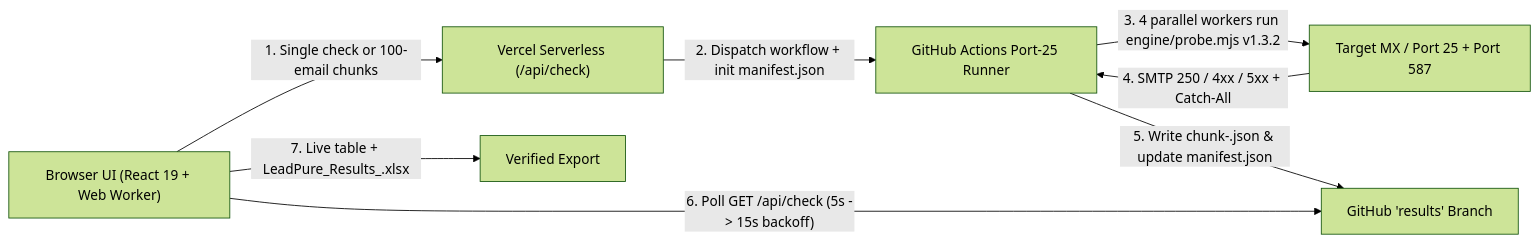
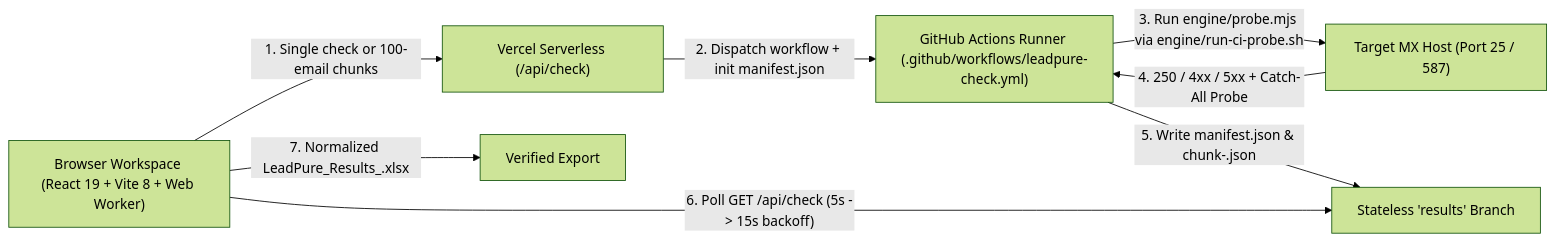
The diagram in README.md (ossamamehmood/LeadPure-AI), drawn with Mermaid (forest theme) before and after one commit. The commit also changed other lines of this file and 12 other files, not shown here.

Commit message:
Modernize repository markdown documentation and align specs with production architecture

````diff
--- a/README.md
+++ b/README.md
@@ -46,10 +57,10 @@
 ```mermaid
 flowchart LR
-    U["Browser UI (React 19 + Web Worker)"] -->|"1. Single check or 100-email chunks"| API["Vercel Serverless (/api/check)"]
-    API -->|"2. Dispatch workflow + init manifest.json"| GHA["GitHub Actions Port-25 Runner"]
-    GHA -->|"3. 4 parallel workers run engine/probe.mjs v1.3.2"| SMTP["Target MX / Port 25 + Port 587"]
-    SMTP -->|"4. SMTP 250 / 4xx / 5xx + Catch-All"| GHA
-    GHA -->|"5. Write chunk-<n>.json & update manifest.json"| RES["GitHub 'results' Branch"]
+    U["Browser Workspace (React 19 + Vite 8 + Web Worker)"] -->|"1. Single check or 100-email chunks"| API["Vercel Serverless (/api/check)"]
+    API -->|"2. Dispatch workflow + init manifest.json"| GHA["GitHub Actions Runner (.github/workflows/leadpure-check.yml)"]
+    GHA -->|"3. Run engine/probe.mjs via engine/run-ci-probe.sh"| SMTP["Target MX Host (Port 25 / 587)"]
+    SMTP -->|"4. 250 / 4xx / 5xx + Catch-All Probe"| GHA
+    GHA -->|"5. Write manifest.json & chunk-<n>.json"| RES["Stateless 'results' Branch"]
     U -->|"6. Poll GET /api/check (5s -> 15s backoff)"| RES
-    U -->|"7. Live table + LeadPure_Results_<date>.xlsx"| OUT["Verified Export"]
+    U -->|"7. Normalized LeadPure_Results_<date>.xlsx"| OUT["Verified Export"]
 ```
````
